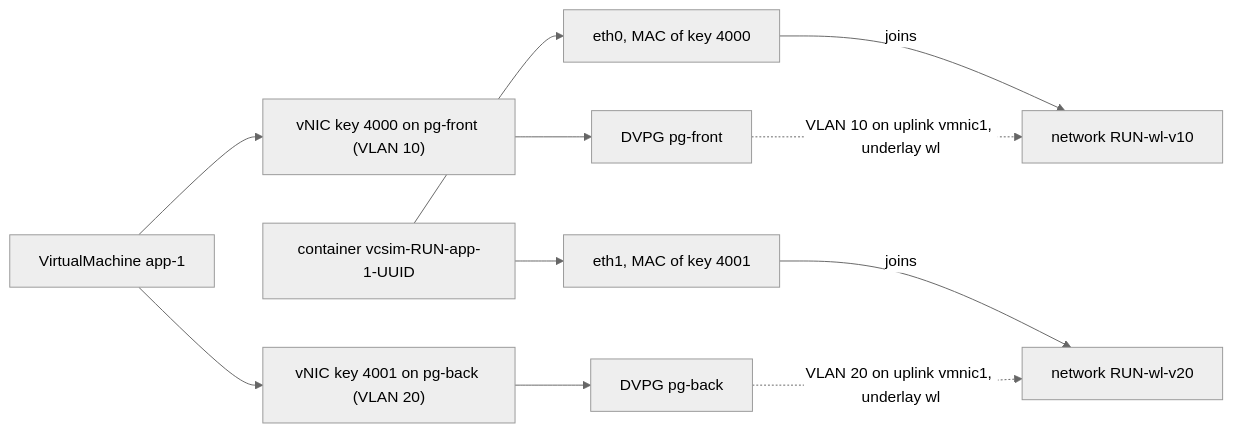
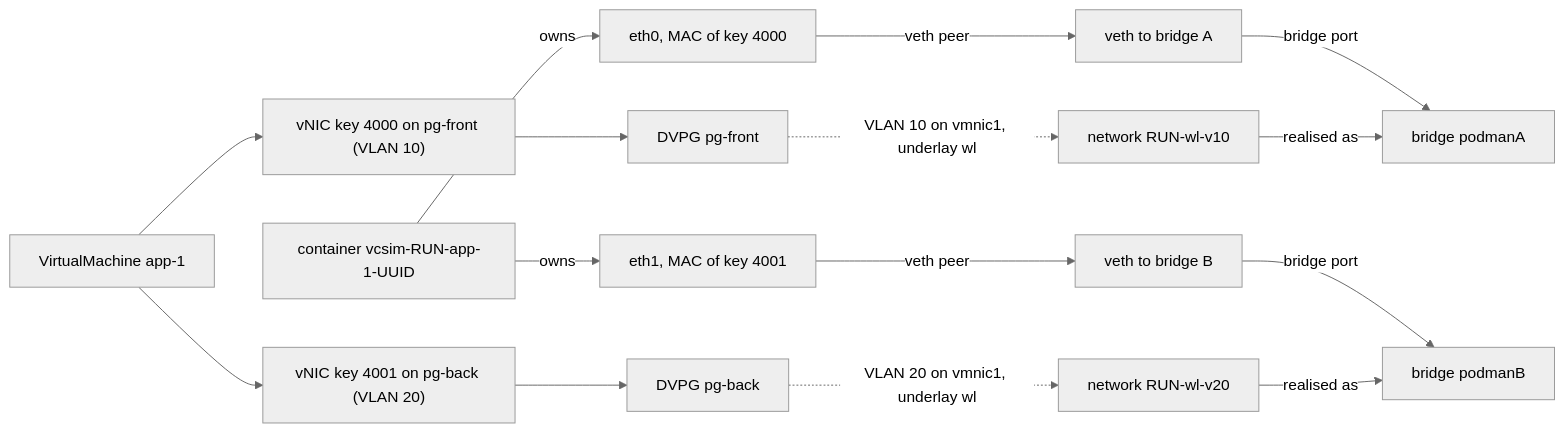
One commit to george-hicken/govmomi changed the second of 4 diagrams in vcsim/docs/container-vms-and-networking.md. Above: the diagram before and after it, drawn with Mermaid (neutral theme). The commit also changed other lines of this file and 2 other files, not shown here.

First line of the commit message:
vcsim: show the bridge layer and topology routers in container network docs

````diff
--- a/vcsim/docs/container-vms-and-networking.md
+++ b/vcsim/docs/container-vms-and-networking.md
@@ -67,23 +78,31 @@
 ```mermaid
 flowchart LR
   vmTwo["VirtualMachine app-1"]
   nicTwoA["vNIC key 4000 on pg-front (VLAN 10)"]
   nicTwoB["vNIC key 4001 on pg-back (VLAN 20)"]
   pgTwoA["DVPG pg-front"]
   pgTwoB["DVPG pg-back"]
   vmTwo --> nicTwoA
   vmTwo --> nicTwoB
   nicTwoA --> pgTwoA
   nicTwoB --> pgTwoB
   ctrTwo["container vcsim-RUN-app-1-UUID"]
   ethTwoA["eth0, MAC of key 4000"]
   ethTwoB["eth1, MAC of key 4001"]
+  vethTwoA["veth to bridge A"]
+  vethTwoB["veth to bridge B"]
+  bridgeTwoA["bridge podmanA"]
+  bridgeTwoB["bridge podmanB"]
   netTwoA["network RUN-wl-v10"]
   netTwoB["network RUN-wl-v20"]
-  ctrTwo --> ethTwoA
-  ctrTwo --> ethTwoB
-  ethTwoA -->|"joins"| netTwoA
-  ethTwoB -->|"joins"| netTwoB
-  pgTwoA -.->|"VLAN 10 on uplink vmnic1, underlay wl"| netTwoA
-  pgTwoB -.->|"VLAN 20 on uplink vmnic1, underlay wl"| netTwoB
+  ctrTwo -->|"owns"| ethTwoA
+  ctrTwo -->|"owns"| ethTwoB
+  ethTwoA -->|"veth peer"| vethTwoA
+  ethTwoB -->|"veth peer"| vethTwoB
+  vethTwoA -->|"bridge port"| bridgeTwoA
+  vethTwoB -->|"bridge port"| bridgeTwoB
+  netTwoA -->|"realised as"| bridgeTwoA
+  netTwoB -->|"realised as"| bridgeTwoB
+  pgTwoA -.->|"VLAN 10 on vmnic1, underlay wl"| netTwoA
+  pgTwoB -.->|"VLAN 20 on vmnic1, underlay wl"| netTwoB
 ```
````
